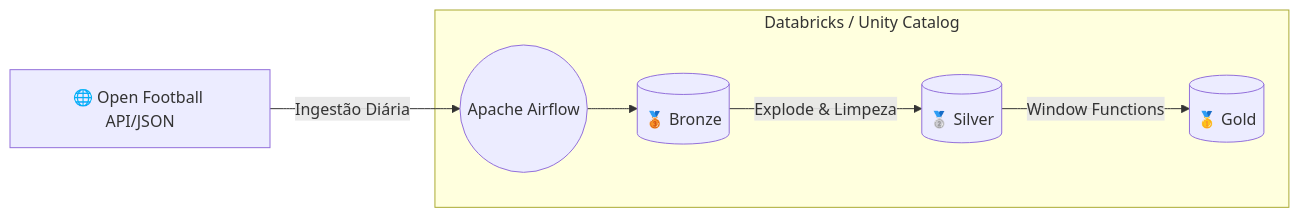
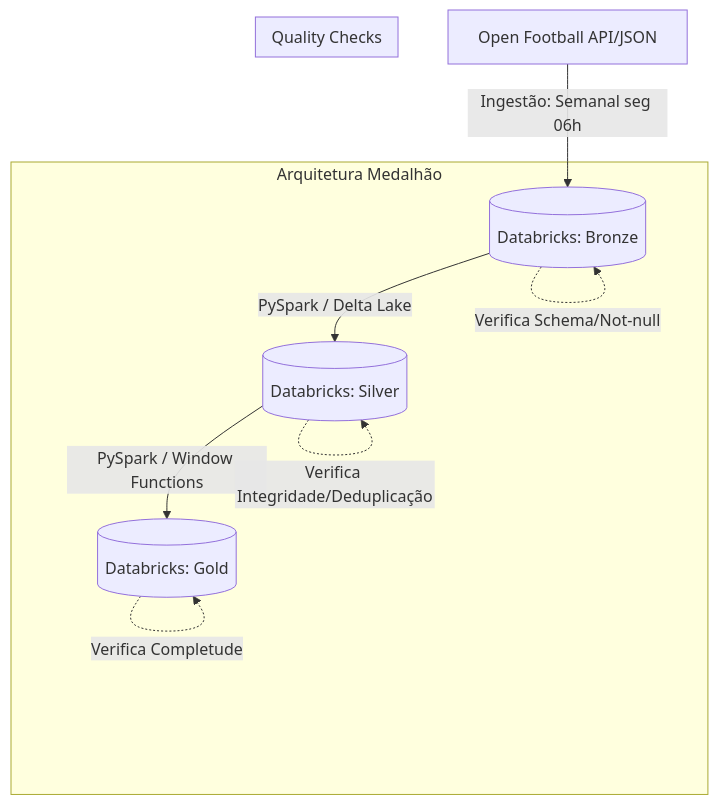
Before and after one commit to LudmilaRocha/9ABDR-DI-P-TRABALHO-FINAL: the diagram in README.md, drawn with Mermaid. The commit also changed other lines of this file, not shown here.

Commit message:
docs: alinhamento do readme com as regras do architecture.md

````diff
--- a/README.md
+++ b/README.md
@@ -13,10 +13,15 @@
 ```mermaid
-graph LR
-    A[🌐 Open Football API/JSON] -->|Ingestão Diária| B((Apache Airflow))
+graph TD
+    A[Open Football API/JSON] -->|Ingestão: Semanal seg 06h| B[(Databricks: Bronze)]
     
-    subgraph Databricks / Unity Catalog
-    B --> C[(🥉 Bronze)]
-    C -->|Explode & Limpeza| D[(🥈 Silver)]
-    D -->|Window Functions| E[(🥇 Gold)]
+    subgraph Arquitetura Medalhão
+    B -->|PySpark / Delta Lake| C[(Databricks: Silver)]
+    C -->|PySpark / Window Functions| D[(Databricks: Gold)]
+    end
+    
+    subgraph Quality Checks
+    B -.->|Verifica Schema/Not-null| B
+    C -.->|Verifica Integridade/Deduplicação| C
+    D -.->|Verifica Completude| D
     end
 ```
````
